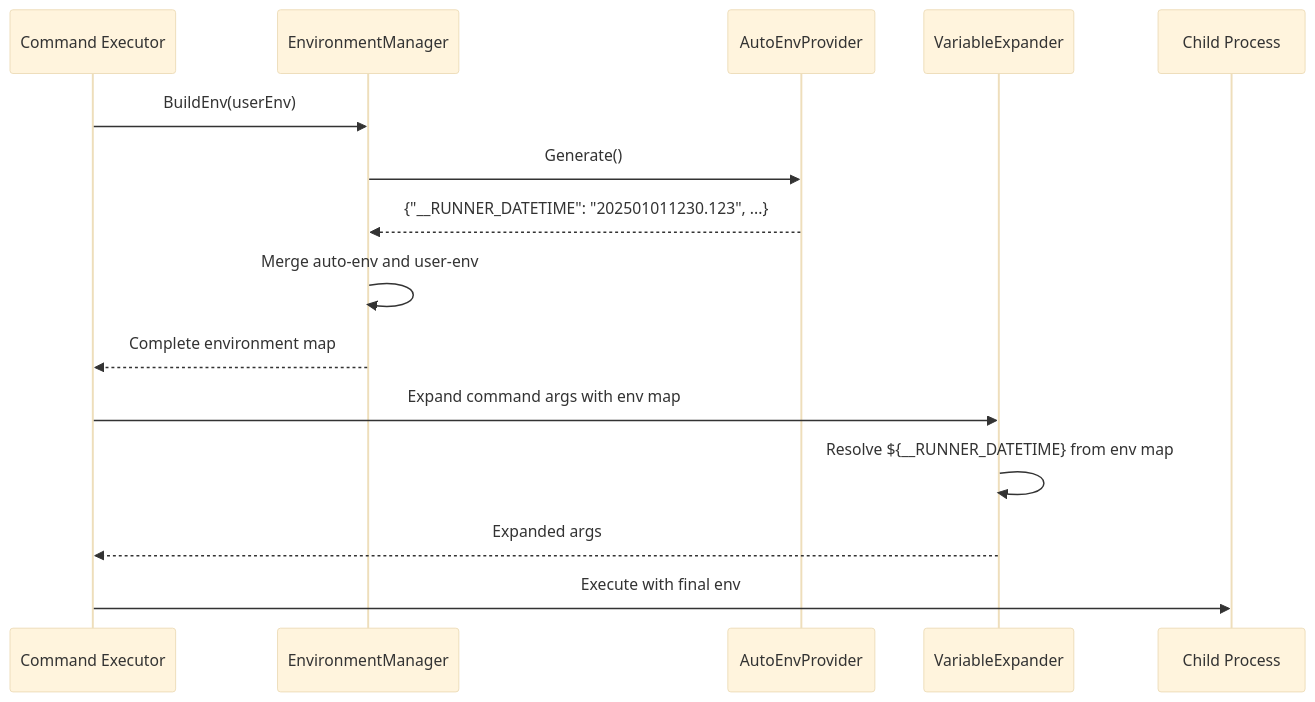
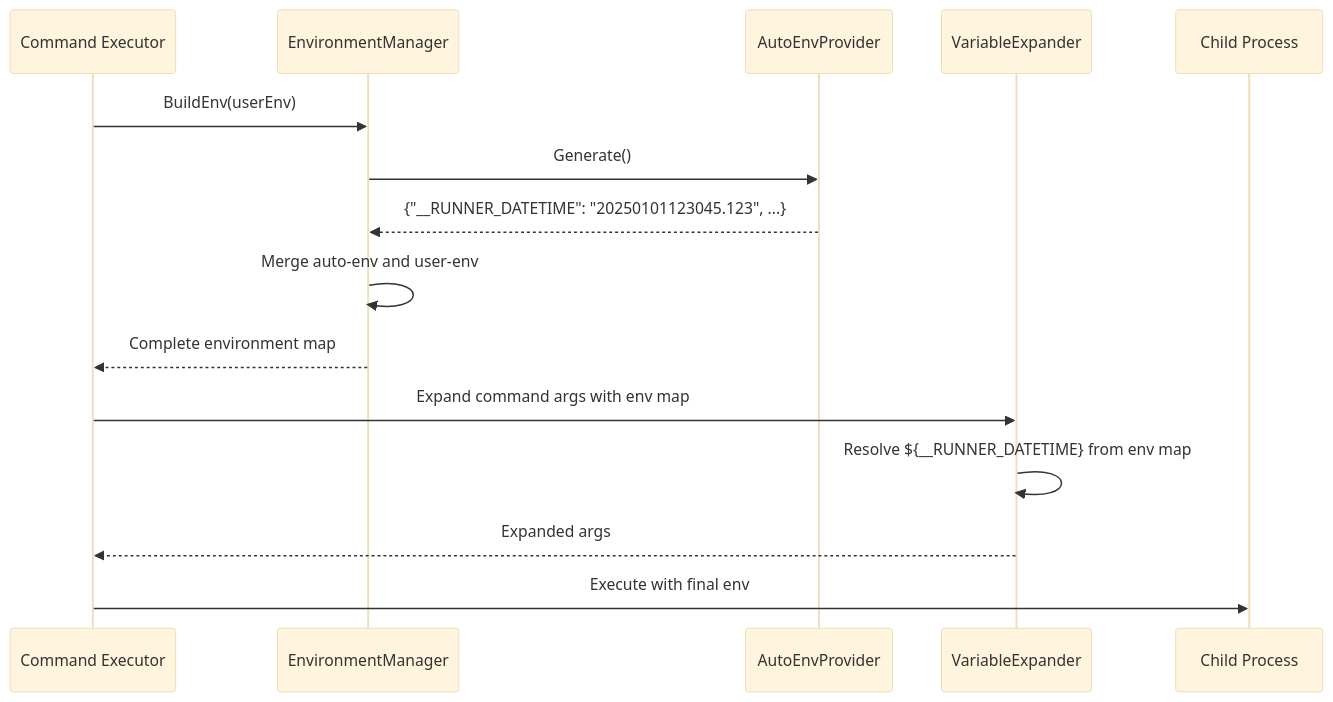
One commit to isseis/go-safe-cmd-runner changed the fifth of 7 diagrams in docs/tasks/0028_automatic_env_vars/02_architecture.md. Above: the diagram before and after it, drawn with Mermaid (base theme). The commit also changed 2 other files, not shown here.

Commit message:
Update timestamp format examples in specification documents
- Fixed all timestamp examples to include seconds field (YYYYMMDDHHmmSS.msec)
- Updated 01_requirements.md: examples in variable table and use case
- Updated 02_architecture.md: sequence diagram example
- Updated 03_specification.md: format examples table, test cases table, and
  test code example
- Changed format from 202510051430.123 to 20251005143022.123 throughout

````diff
--- a/docs/tasks/0028_automatic_env_vars/02_architecture.md
+++ b/docs/tasks/0028_automatic_env_vars/02_architecture.md
@@ -296,20 +296,20 @@
 ```mermaid
 sequenceDiagram
     participant Executor as Command Executor
     participant EnvManager as EnvironmentManager
     participant AutoProvider as AutoEnvProvider
     participant VarExpander as VariableExpander
     participant Child as Child Process
 
     Executor->>EnvManager: BuildEnv(userEnv)
     EnvManager->>AutoProvider: Generate()
-    AutoProvider-->>EnvManager: {"__RUNNER_DATETIME": "202501011230.123", ...}
+    AutoProvider-->>EnvManager: {"__RUNNER_DATETIME": "20250101123045.123", ...}
     EnvManager->>EnvManager: Merge auto-env and user-env
     EnvManager-->>Executor: Complete environment map
 
     Executor->>VarExpander: Expand command args with env map
     VarExpander->>VarExpander: Resolve ${__RUNNER_DATETIME} from env map
     VarExpander-->>Executor: Expanded args
 
     Executor->>Child: Execute with final env
 ```
````
